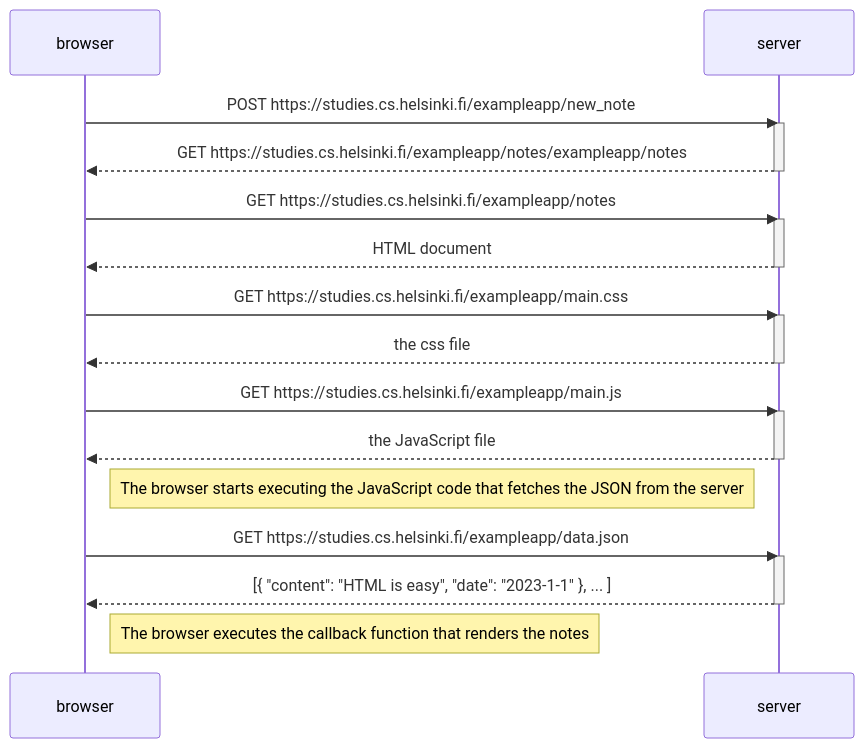
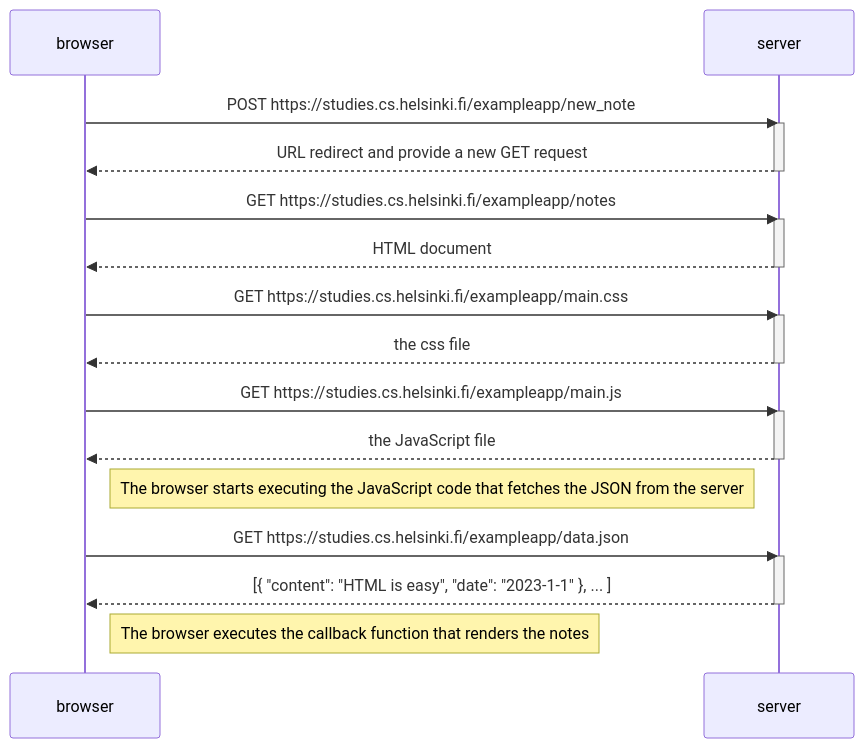
The diagram in part0/0.4_new_note_diagram.md (chiaxiu/fullstackopen), drawn with Mermaid before and after one commit.

````diff
--- a/part0/0.4_new_note_diagram.md
+++ b/part0/0.4_new_note_diagram.md
@@ -2,34 +2,34 @@
 ```mermaid
 sequenceDiagram
     participant browser
     participant server
 
     browser->>server: POST https://studies.cs.helsinki.fi/exampleapp/new_note
     activate server
-    server-->>browser: GET https://studies.cs.helsinki.fi/exampleapp/notes/exampleapp/notes
+    server-->>browser: URL redirect and provide a new GET request
     deactivate server
 
     browser->>server: GET https://studies.cs.helsinki.fi/exampleapp/notes
     activate server
     server-->>browser: HTML document
     deactivate server
 
     browser->>server: GET https://studies.cs.helsinki.fi/exampleapp/main.css
     activate server
     server-->>browser: the css file
     deactivate server
 
     browser->>server: GET https://studies.cs.helsinki.fi/exampleapp/main.js
     activate server
     server-->>browser: the JavaScript file
     deactivate server
 
     Note right of browser: The browser starts executing the JavaScript code that fetches the JSON from the server
 
     browser->>server: GET https://studies.cs.helsinki.fi/exampleapp/data.json
     activate server
     server-->>browser: [{ "content": "HTML is easy", "date": "2023-1-1" }, ... ]
     deactivate server
 
     Note right of browser: The browser executes the callback function that renders the notes
 ```
````
